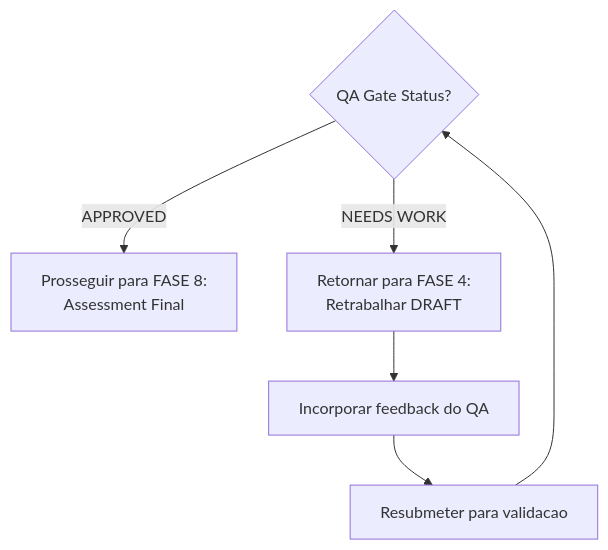
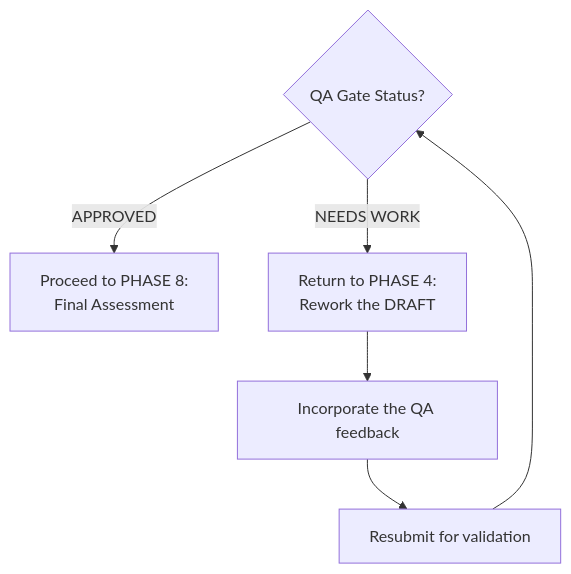
Before and after one commit to CyryxLabs/AEXOS: the sixth of 7 diagrams in docs/aexos-workflows/brownfield-discovery-workflow.md, drawn with Mermaid. The commit also changed other lines of this file and 528 other files, not shown here.

````diff
--- a/docs/aexos-workflows/brownfield-discovery-workflow.md
+++ b/docs/aexos-workflows/brownfield-discovery-workflow.md
@@ -763,9 +763,9 @@
 ```mermaid
 flowchart TD
     Q2{QA Gate Status?}
-    Q2 -->|APPROVED| A3[Prosseguir para FASE 8:<br/>Assessment Final]
-    Q2 -->|NEEDS WORK| A4[Retornar para FASE 4:<br/>Retrabalhar DRAFT]
-    A4 --> A5[Incorporar feedback do QA]
-    A5 --> A6[Resubmeter para validacao]
+    Q2 -->|APPROVED| A3[Proceed to PHASE 8:<br/>Final Assessment]
+    Q2 -->|NEEDS WORK| A4[Return to PHASE 4:<br/>Rework the DRAFT]
+    A4 --> A5[Incorporate the QA feedback]
+    A5 --> A6[Resubmit for validation]
     A6 --> Q2
 ```
````
